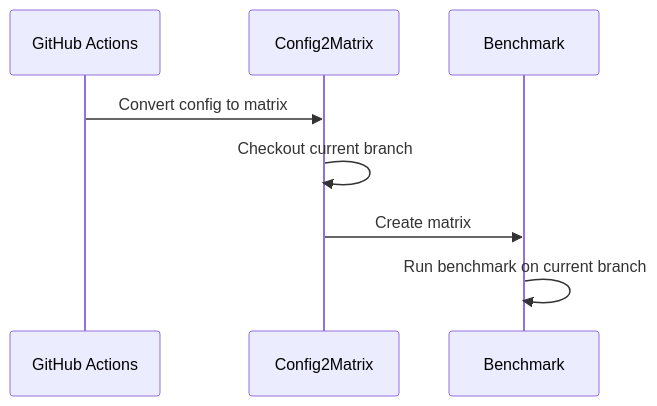
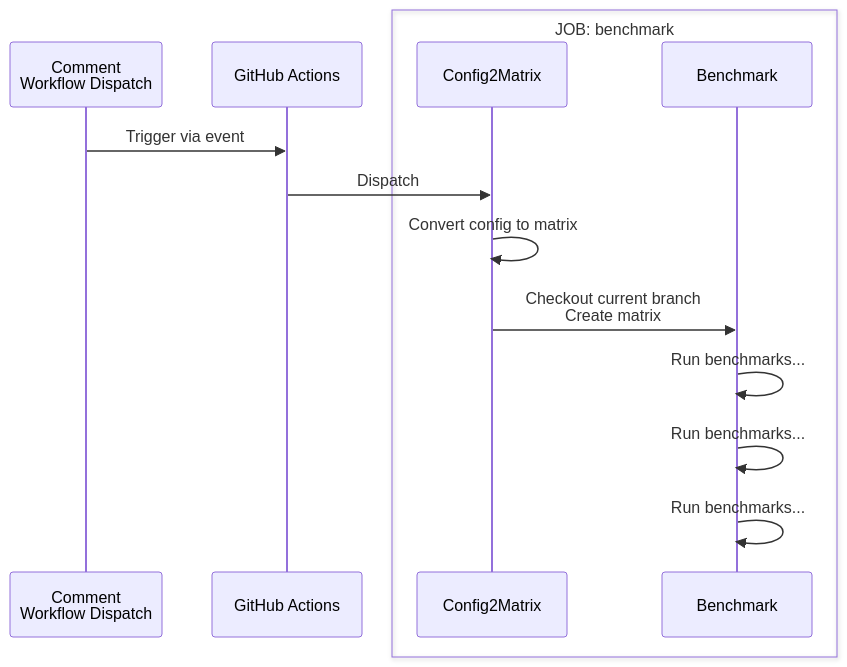
One commit to Cysharp/Actions changed the first of 2 diagrams in .github/scripts/tests/README.md. Above: the diagram before and after it, drawn with Mermaid. The commit also changed other lines of this file and 1 other file, not shown here.

Commit message:
doc: refine architecture of benchmark

````diff
--- a/.github/scripts/tests/README.md
+++ b/.github/scripts/tests/README.md
@@ -7,11 +9,17 @@
 ```mermaid
 sequenceDiagram
+    participant trigger as Comment<br/>Workflow Dispatch
     participant gha as GitHub Actions
-    participant config2matrix as Config2Matrix
-    participant benchmark as Benchmark
+    box JOB: benchmark
+      participant config2matrix as Config2Matrix
+      participant benchmark as Benchmark
+    end
 
-    gha->>config2matrix: Convert config to matrix
-    config2matrix->>config2matrix: Checkout current branch
-    config2matrix->>benchmark: Create matrix
-    benchmark->>benchmark: Run benchmark on current branch
+    trigger->>gha: Trigger via event
+    gha->>config2matrix: Dispatch
+    config2matrix->>config2matrix: Convert config to matrix
+    config2matrix->>benchmark: Checkout current branch <br/> Create matrix
+    benchmark->>benchmark: Run benchmarks...
+    benchmark->>benchmark: Run benchmarks...
+    benchmark->>benchmark: Run benchmarks...
 ```
````
